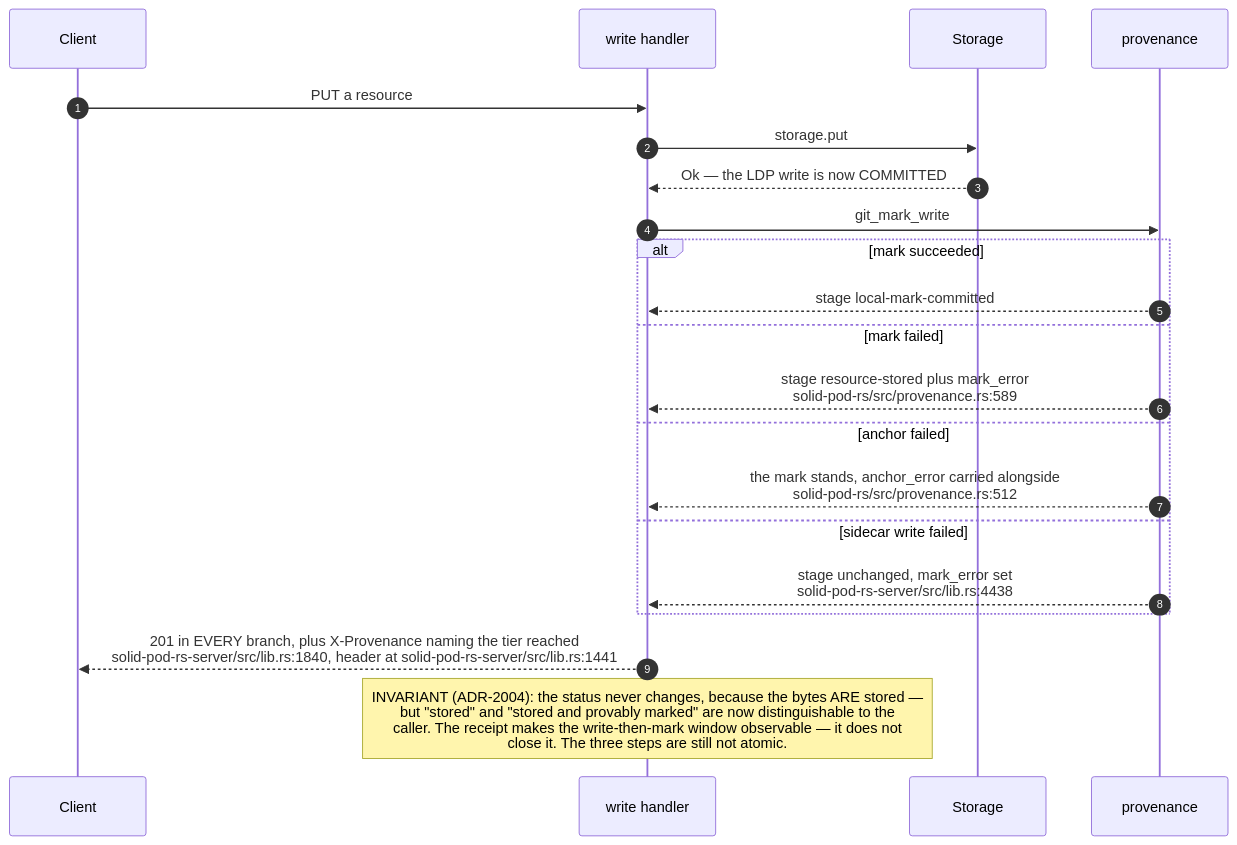
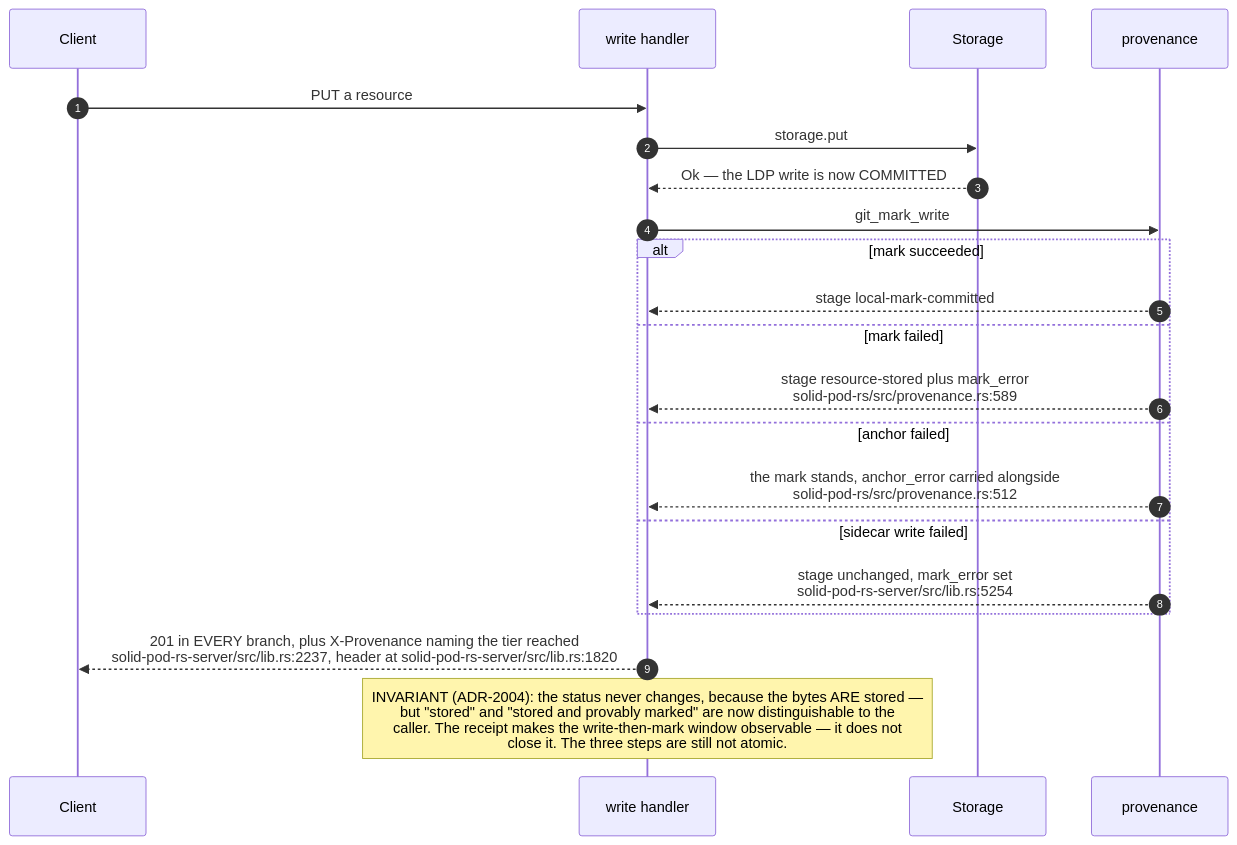
Before and after one commit to DreamLab-AI/VisionFlow: the third of 13 diagrams in docs/diagrams/solid-pod-rs/10-failure-modes-and-invariants.md, drawn with Mermaid. The commit also changed other lines of this file and 2 other files, not shown here.

First line of the commit message:
docs(diagrams): SP-07, SP-10, SP-15 re-verified at solid-pod-rs a28a748

````diff
--- a/docs/diagrams/solid-pod-rs/10-failure-modes-and-invariants.md
+++ b/docs/diagrams/solid-pod-rs/10-failure-modes-and-invariants.md
@@ -109,25 +116,25 @@
 ```mermaid
 sequenceDiagram
     autonumber
     participant C as Client
     participant H as write handler
     participant S as Storage
     participant P as provenance
 
     C->>H: PUT a resource
     H->>S: storage.put
     S-->>H: Ok — the LDP write is now COMMITTED
     H->>P: git_mark_write
     alt mark succeeded
         P-->>H: stage local-mark-committed
     else mark failed
         P-->>H: stage resource-stored plus mark_error<br/>solid-pod-rs/src/provenance.rs:589
     else anchor failed
         P-->>H: the mark stands, anchor_error carried alongside<br/>solid-pod-rs/src/provenance.rs:512
     else sidecar write failed
-        P-->>H: stage unchanged, mark_error set<br/>solid-pod-rs-server/src/lib.rs:4438
+        P-->>H: stage unchanged, mark_error set<br/>solid-pod-rs-server/src/lib.rs:5254
     end
-    H-->>C: 201 in EVERY branch, plus X-Provenance naming the tier reached<br/>solid-pod-rs-server/src/lib.rs:1840, header at solid-pod-rs-server/src/lib.rs:1441
+    H-->>C: 201 in EVERY branch, plus X-Provenance naming the tier reached<br/>solid-pod-rs-server/src/lib.rs:2237, header at solid-pod-rs-server/src/lib.rs:1820
 
     Note over H: INVARIANT (ADR-2004): the status never changes, because the bytes ARE stored —<br/>but "stored" and "stored and provably marked" are now distinguishable to the<br/>caller. The receipt makes the write-then-mark window observable — it does not<br/>close it. The three steps are still not atomic.
 ```
````
